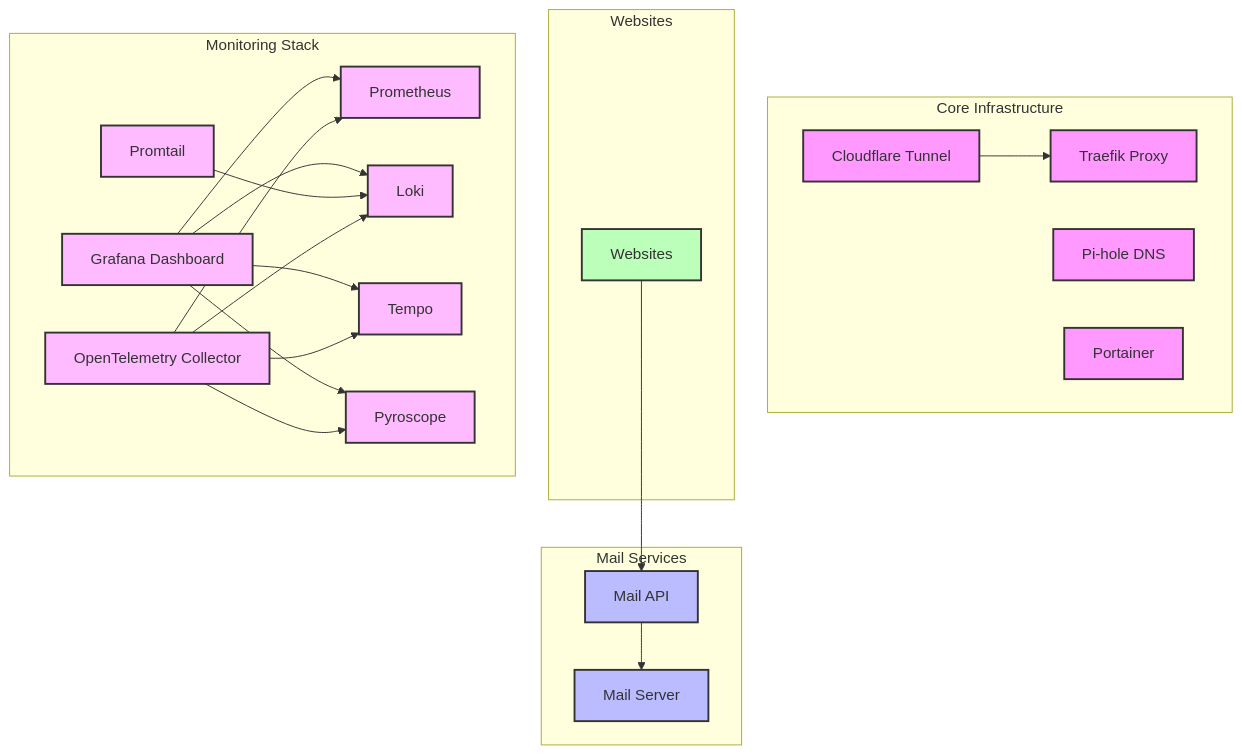
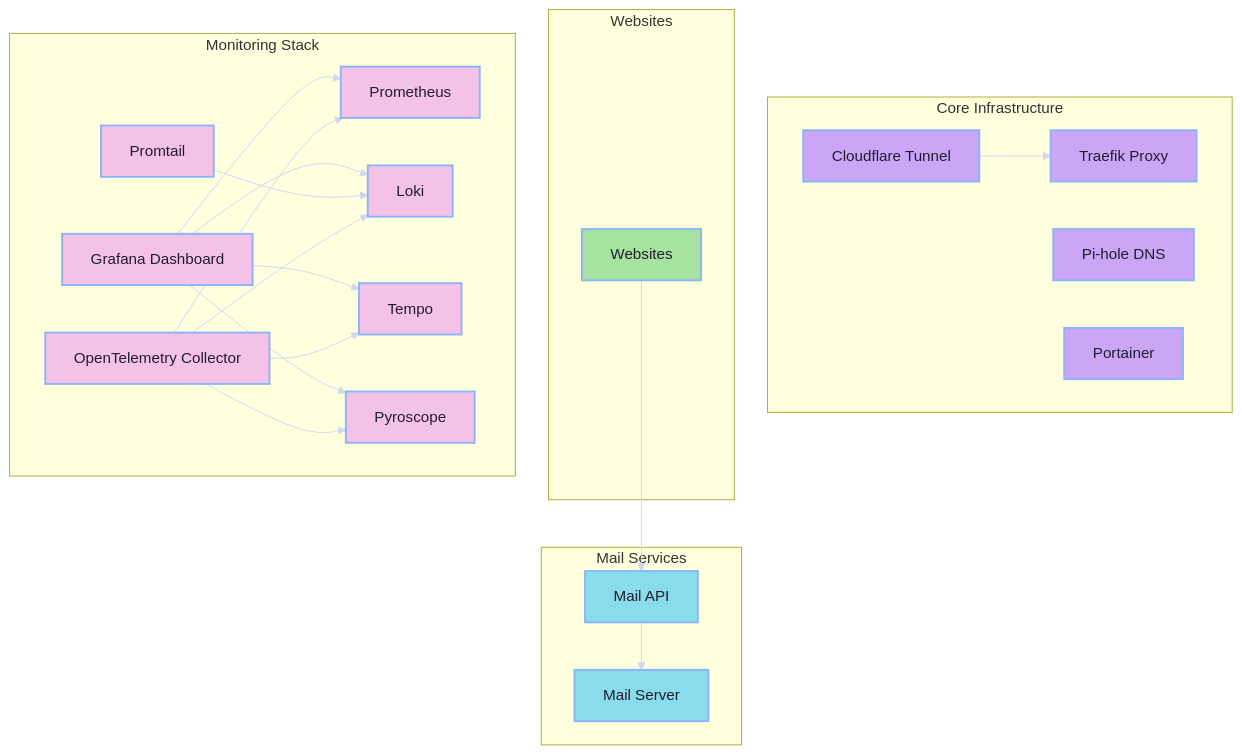
The first of 3 diagrams in wiki_content/System-Dependencies.md (nahuelsantos/dinky-server), drawn with Mermaid before and after one commit. The commit also changed other lines of this file and 14 other files, not shown here.

````diff
--- a/wiki_content/System-Dependencies.md
+++ b/wiki_content/System-Dependencies.md
@@ -7,80 +5,81 @@
 ```mermaid
+%%{init: { 'themeVariables': { 'darkMode': true, 'primaryColor': '#cba6f7', 'primaryTextColor': '#cdd6f4', 'primaryBorderColor': '#89b4fa', 'lineColor': '#cdd6f4', 'secondaryColor': '#89dceb', 'tertiaryColor': '#45475a' } } }%%
 graph TD
     %% Core Infrastructure
     Traefik[Traefik Proxy]
     Cloudflared[Cloudflare Tunnel]
     Pihole[Pi-hole DNS]
     Portainer[Portainer]
     
     %% Mail Services
     MailServer[Mail Server]
     MailAPI[Mail API]
     
     %% Websites
     Websites[Websites]
     
     %% Monitoring Stack
     Grafana[Grafana Dashboard]
     Prometheus[Prometheus]
     Loki[Loki]
     Tempo[Tempo]
     Pyroscope[Pyroscope]
     OtelCollector[OpenTelemetry Collector]
     Promtail[Promtail]
     
     %% Infrastructure Dependencies
     Cloudflared --> Traefik
     
     %% Mail Dependencies
     MailAPI --> MailServer
     Websites --> MailAPI
     
     %% Monitoring Dependencies
     Grafana --> Prometheus
     Grafana --> Loki
     Grafana --> Tempo
     Grafana --> Pyroscope
     Promtail --> Loki
     OtelCollector --> Prometheus
     OtelCollector --> Loki
     OtelCollector --> Tempo
     OtelCollector --> Pyroscope
     
     %% Groups
     subgraph Core["Core Infrastructure"]
         Traefik
         Cloudflared
         Pihole
         Portainer
     end
     
     subgraph Mail["Mail Services"]
         MailServer
         MailAPI
     end
     
     subgraph Web["Websites"]
         Websites
     end
     
     subgraph Monitoring["Monitoring Stack"]
         Grafana
         Prometheus
         Loki
         Tempo
         Pyroscope
         OtelCollector
         Promtail
     end
     
     %% Styling
-    classDef core fill:#f9f,stroke:#333,stroke-width:2px;
-    classDef mail fill:#bbf,stroke:#333,stroke-width:2px;
-    classDef web fill:#bfb,stroke:#333,stroke-width:2px;
-    classDef monitoring fill:#fbf,stroke:#333,stroke-width:2px;
+    classDef core fill:#cba6f7,stroke:#89b4fa,stroke-width:2px,color:#1e1e2e;
+    classDef mail fill:#89dceb,stroke:#89b4fa,stroke-width:2px,color:#1e1e2e;
+    classDef web fill:#a6e3a1,stroke:#89b4fa,stroke-width:2px,color:#1e1e2e;
+    classDef monitoring fill:#f5c2e7,stroke:#89b4fa,stroke-width:2px,color:#1e1e2e;
     
     class Traefik,Cloudflared,Pihole,Portainer core;
     class MailServer,MailAPI mail;
     class Websites web;
     class Grafana,Prometheus,Loki,Tempo,Pyroscope,OtelCollector,Promtail monitoring;
 ```
````
